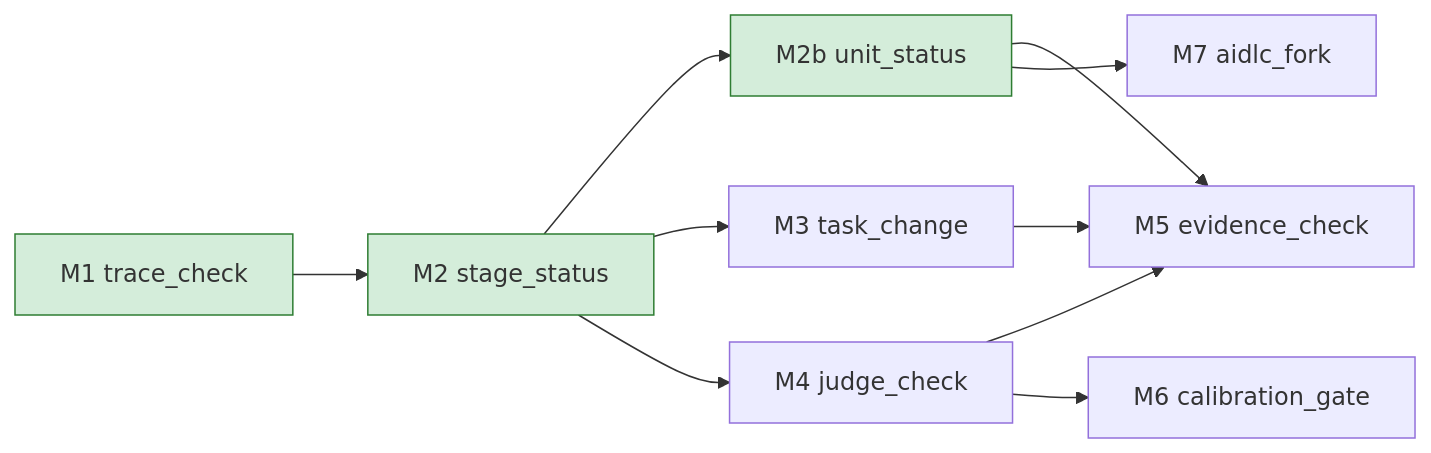
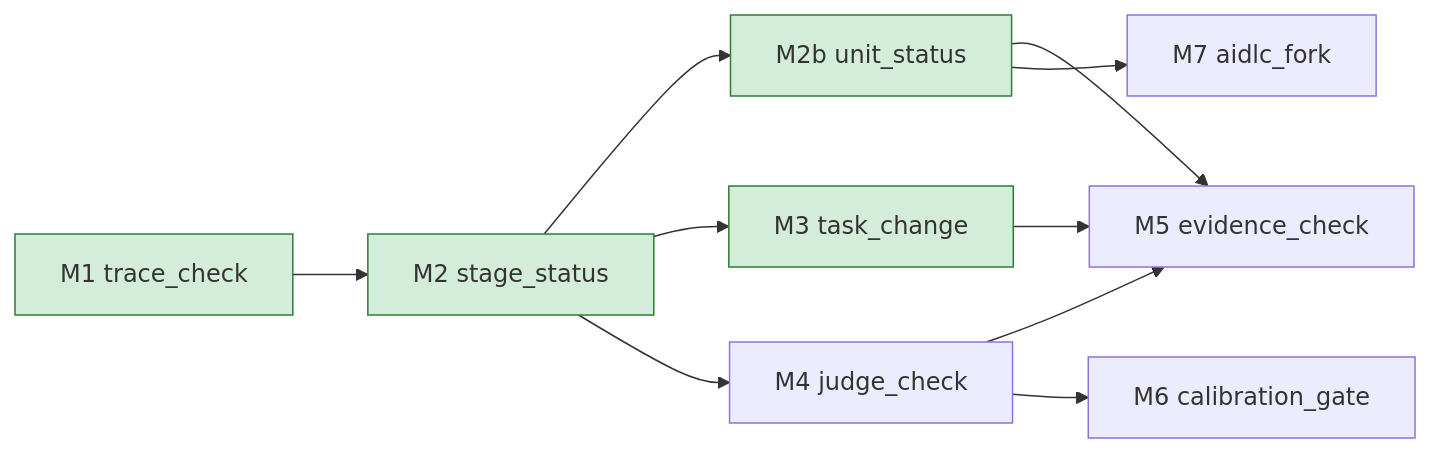
The diagram in docs/design/03-implementation-plan.md (nullrul/earnest), drawn with Mermaid before and after one commit.

Commit message:
docs: mark M3 done on the milestone DAG

````diff
--- a/docs/design/03-implementation-plan.md
+++ b/docs/design/03-implementation-plan.md
@@ -15,14 +15,14 @@
 ```mermaid
 flowchart LR
   M1["M1 trace_check"] --> M2["M2 stage_status"]
   M2 --> M2b["M2b unit_status"]
   M2 --> M3["M3 task_change"]
   M2 --> M4["M4 judge_check"]
   M2b --> M5["M5 evidence_check"]
   M2b --> M7["M7 aidlc_fork"]
   M3 --> M5
   M4 --> M5
   M4 --> M6["M6 calibration_gate"]
   classDef done fill:#d4edda,stroke:#2e7d32
-  class M1,M2,M2b done
+  class M1,M2,M2b,M3 done
 ```
````
